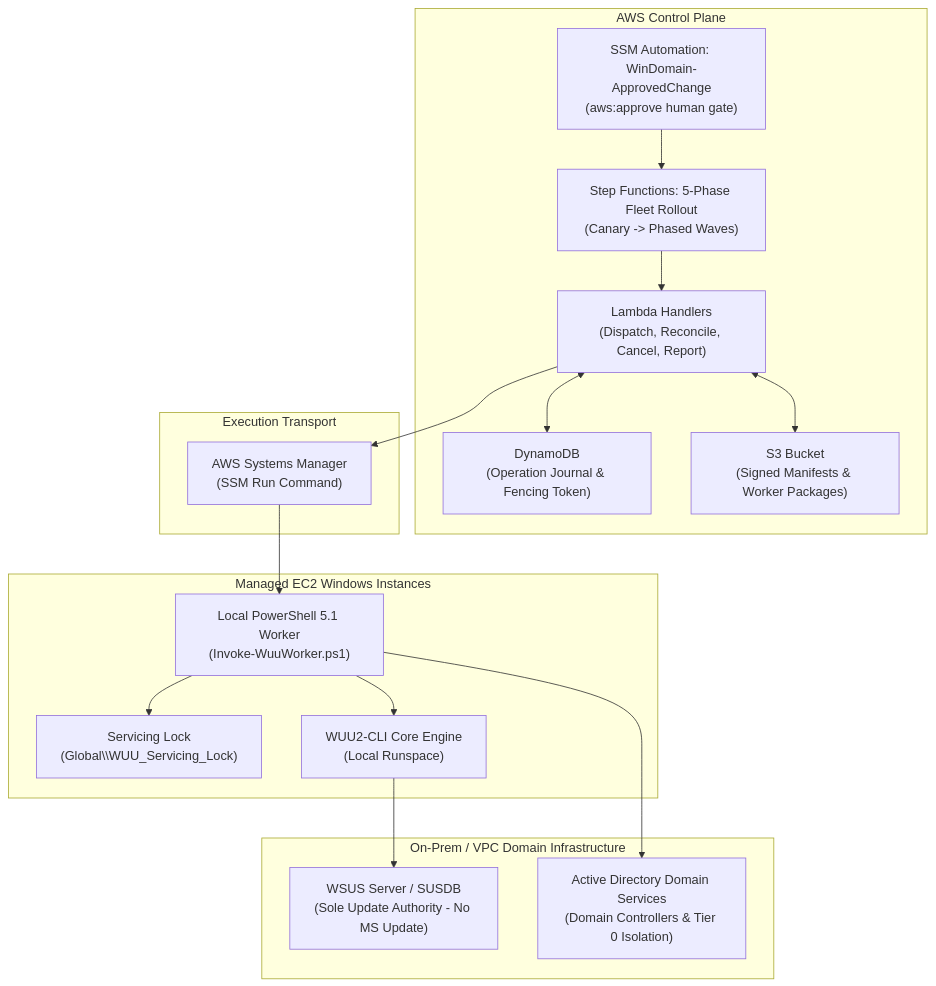
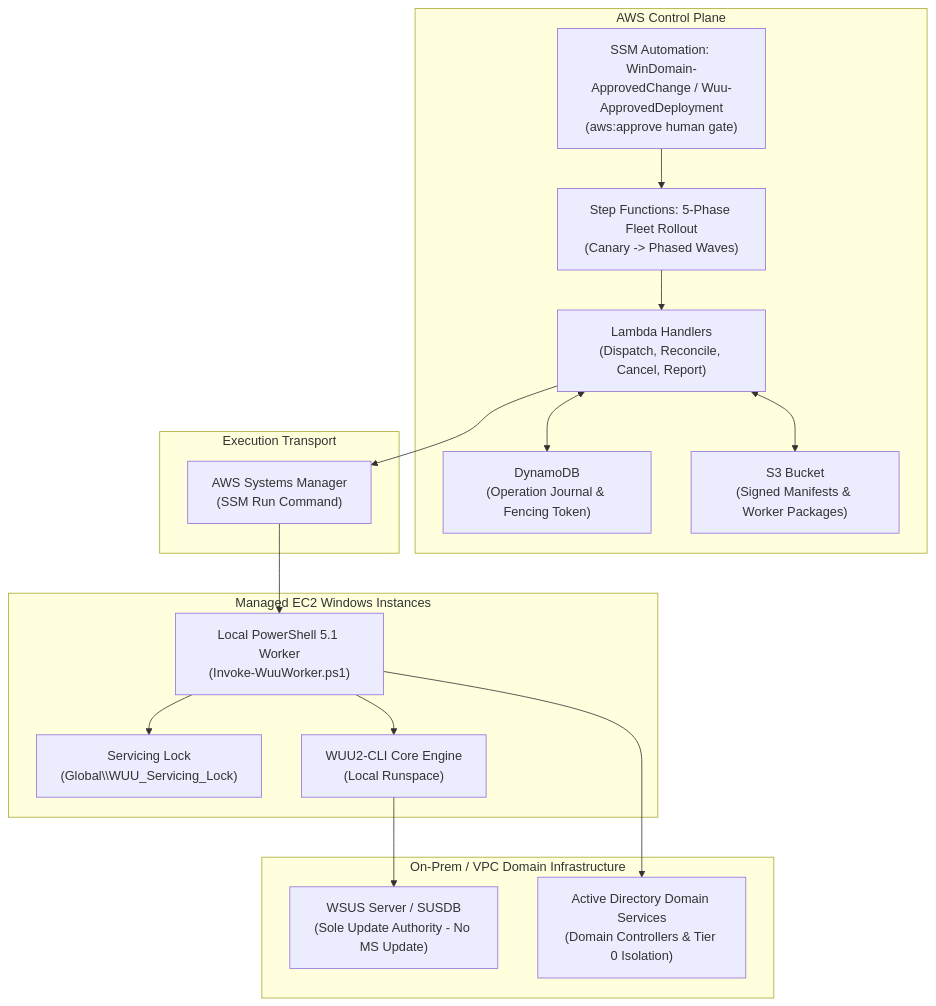
One commit to dazzo31/aws-windows-domain-runbooks changed the diagram in README.md. Above: the diagram before and after it, drawn with Mermaid. The commit also changed other lines of this file and 8 other files, not shown here.

````diff
--- a/README.md
+++ b/README.md
@@ -30,24 +32,24 @@
 ```mermaid
 flowchart TD
     subgraph ControlPlane["AWS Control Plane"]
-        Approval["SSM Automation: WinDomain-ApprovedChange\n(aws:approve human gate)"] --> StepFunc["Step Functions: 5-Phase Fleet Rollout\n(Canary -> Phased Waves)"]
+        Approval["SSM Automation: WinDomain-ApprovedChange / Wuu-ApprovedDeployment\n(aws:approve human gate)"] --> StepFunc["Step Functions: 5-Phase Fleet Rollout\n(Canary -> Phased Waves)"]
         StepFunc --> Lambda["Lambda Handlers\n(Dispatch, Reconcile, Cancel, Report)"]
         Lambda <--> Dynamo["DynamoDB\n(Operation Journal & Fencing Token)"]
         Lambda <--> S3["S3 Bucket\n(Signed Manifests & Worker Packages)"]
     end
 
     subgraph Transport["Execution Transport"]
         Lambda --> SSM["AWS Systems Manager\n(SSM Run Command)"]
     end
 
     subgraph ManagedNodes["Managed EC2 Windows Instances"]
         SSM --> Worker["Local PowerShell 5.1 Worker\n(Invoke-WuuWorker.ps1)"]
         Worker --> Mutex["Servicing Lock\n(Global\\WUU_Servicing_Lock)"]
         Worker --> Wuu["WUU2-CLI Core Engine\n(Local Runspace)"]
     end
 
     subgraph Authority["On-Prem / VPC Domain Infrastructure"]
         Wuu --> WSUS["WSUS Server / SUSDB\n(Sole Update Authority - No MS Update)"]
         Worker --> AD["Active Directory Domain Services\n(Domain Controllers & Tier 0 Isolation)"]
     end
 ```
````
